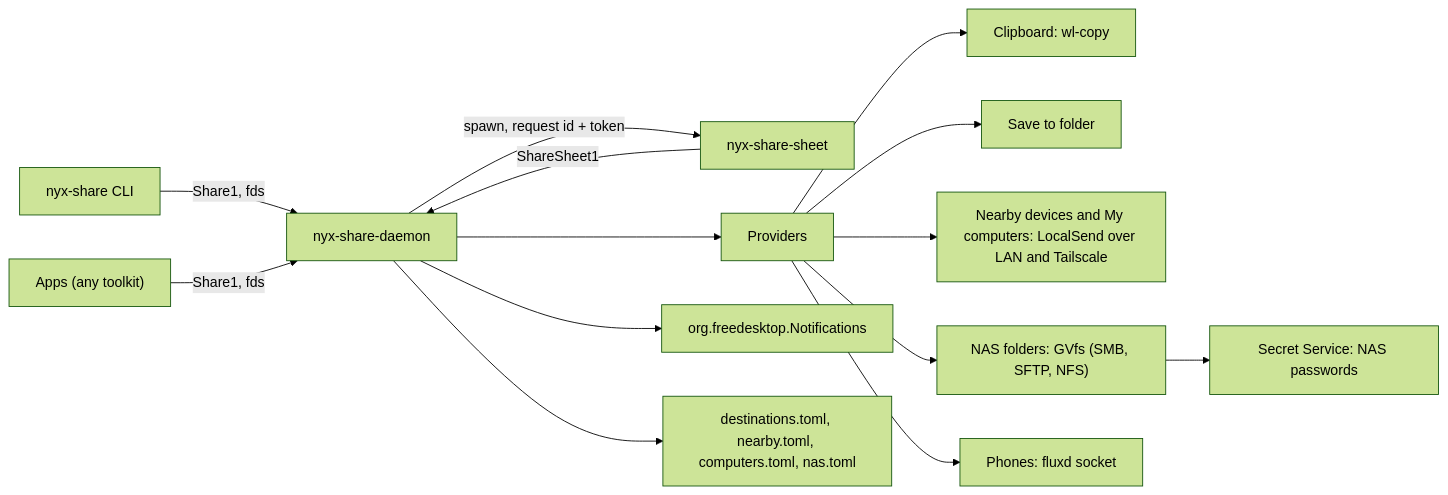
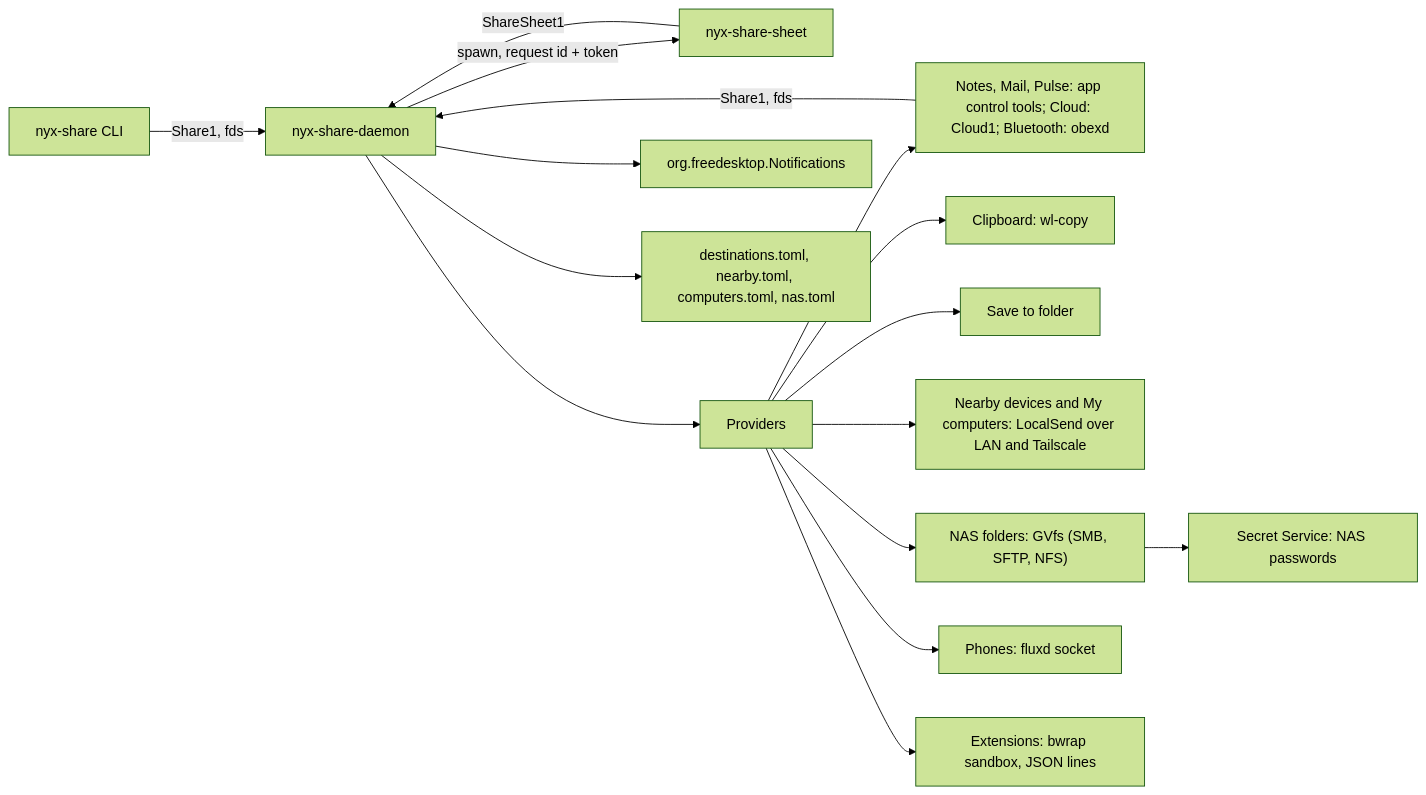
Before and after one commit to design-nexus/nyx-share: the diagram in docs/ARCHITECTURE.md, drawn with Mermaid (forest theme). The commit also changed other lines of this file and 32 other files, not shown here.

````diff
--- a/docs/ARCHITECTURE.md
+++ b/docs/ARCHITECTURE.md
@@ -3,16 +3,18 @@
 ```mermaid
 flowchart LR
   Cli["nyx-share CLI"] -->|"Share1, fds"| Daemon
   Apps["Apps (any toolkit)"] -->|"Share1, fds"| Daemon
   Daemon["nyx-share-daemon"] -->|"spawn, request id + token"| Sheet["nyx-share-sheet"]
   Sheet -->|"ShareSheet1"| Daemon
   Daemon --> Providers["Providers"]
   Providers --> Clipboard["Clipboard: wl-copy"]
   Providers --> Folder["Save to folder"]
   Providers --> LocalSend["Nearby devices and My computers: LocalSend over LAN and Tailscale"]
   Providers --> Nas["NAS folders: GVfs (SMB, SFTP, NFS)"]
   Providers --> Flux["Phones: fluxd socket"]
+  Providers --> Apps["Notes, Mail, Pulse: app control tools; Cloud: Cloud1; Bluetooth: obexd"]
+  Providers --> Ext["Extensions: bwrap sandbox, JSON lines"]
   Nas --> Secrets["Secret Service: NAS passwords"]
   Daemon --> Notify["org.freedesktop.Notifications"]
   Daemon --> Prefs["destinations.toml, nearby.toml, computers.toml, nas.toml"]
 ```
````
